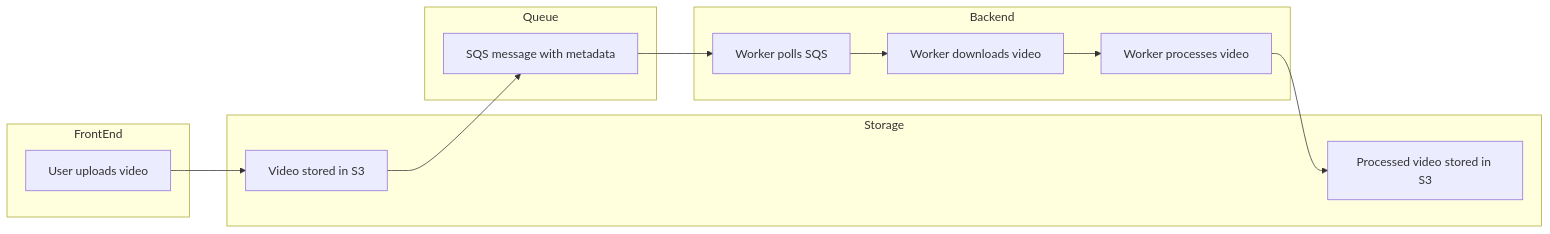
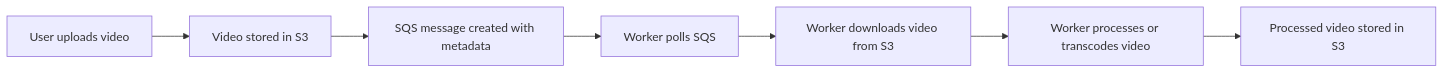
The diagram in content/posts/training/AWS/2025-aws-cloud-practitioner/16-cloud-integrations/index.md (rtdevx/rtdevx.github.io), drawn with Mermaid before and after one commit.

Commit message:
Obsidian sync: 2026-06-30 18:09:16

```diff
--- a/content/posts/training/AWS/2025-aws-cloud-practitioner/16-cloud-integrations/index.md
+++ b/content/posts/training/AWS/2025-aws-cloud-practitioner/16-cloud-integrations/index.md
@@ -112,31 +112,17 @@
 {{< mermaid >}}
 
 flowchart LR
 
-    subgraph FrontEnd
-        User[User uploads video]
-    end
+    User[User uploads video] --> S3Upload[Video stored in S3]
 
-    subgraph Storage
-        S3Upload[Video stored in S3]
-        S3Output[Processed video stored in S3]
-    end
+    S3Upload --> SQSMsg[SQS message created with metadata]
 
-    subgraph Queue
-        SQSMsg[SQS message with metadata]
-    end
+    SQSMsg --> WorkerPoll[Worker polls SQS]
 
-    subgraph Backend
-        WorkerPoll[Worker polls SQS]
-        WorkerDownload[Worker downloads video]
-        WorkerProcess[Worker processes video]
-    end
+    WorkerPoll --> WorkerDownload[Worker downloads video from S3]
 
-    User --> S3Upload
-    S3Upload --> SQSMsg
-    SQSMsg --> WorkerPoll
-    WorkerPoll --> WorkerDownload
-    WorkerDownload --> WorkerProcess
-    WorkerProcess --> S3Output
+    WorkerDownload --> WorkerProcess[Worker processes or transcodes video]
+
+    WorkerProcess --> S3Output[Processed video stored in S3]
 
 {{< /mermaid >}}
```
